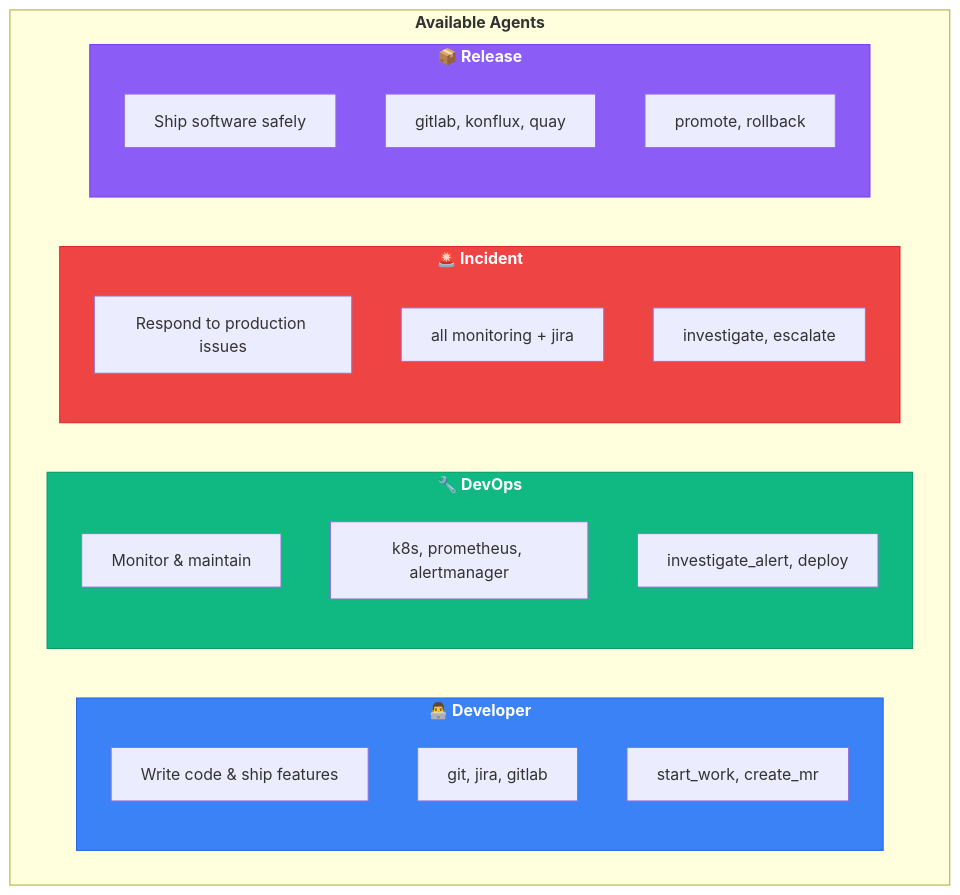
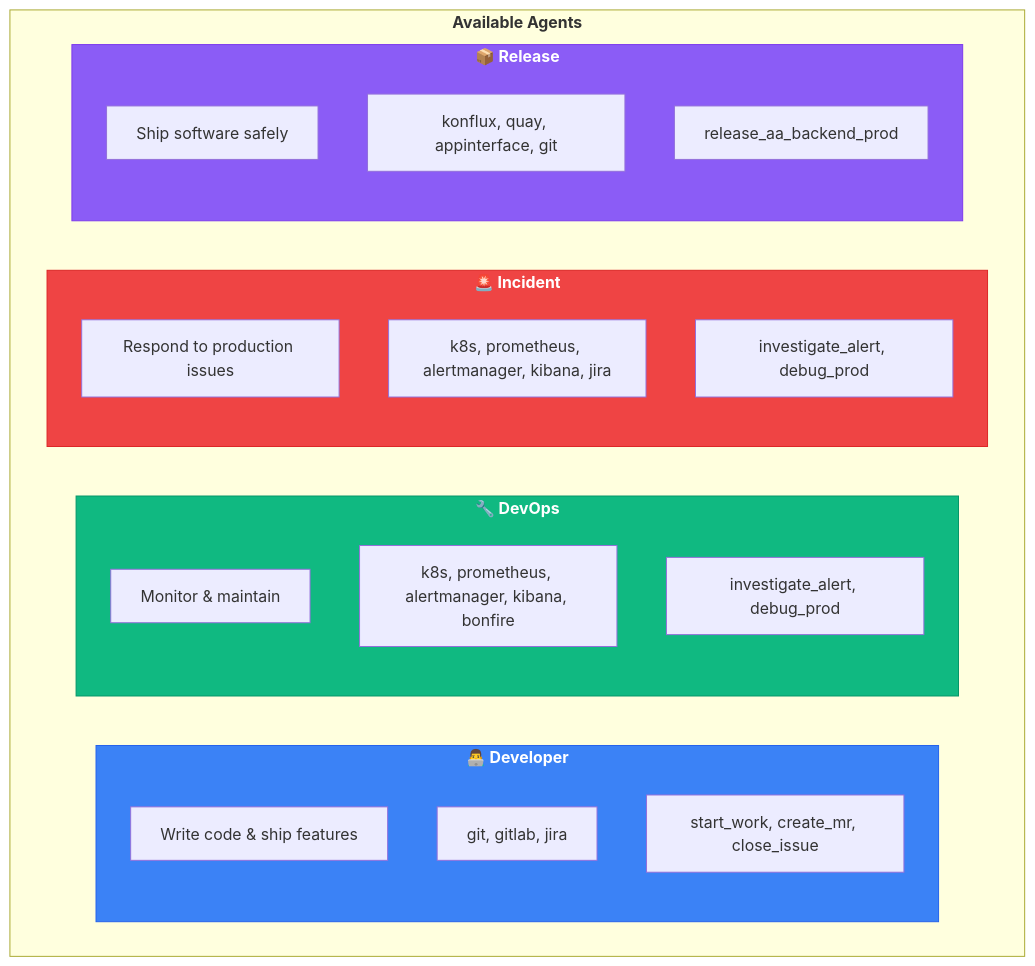
The third of 18 diagrams in README.md (dmzoneill/redhat-ai-workflow), drawn with Mermaid before and after one commit. The commit also changed other lines of this file, not shown here.

````diff
--- a/README.md
+++ b/README.md
@@ -268,35 +268,35 @@
 ```mermaid
 graph TD
     subgraph AGENTS["<b>Available Agents</b>"]
         direction LR
         
         subgraph DEV["<b>👨‍💻 Developer</b>"]
             DEV_DESC[Write code & ship features]
-            DEV_TOOLS[git, jira, gitlab]
-            DEV_SKILLS[start_work, create_mr]
+            DEV_TOOLS[git, gitlab, jira]
+            DEV_SKILLS[start_work, create_mr, close_issue]
         end
         
         subgraph OPS["<b>🔧 DevOps</b>"]
             OPS_DESC[Monitor & maintain]
-            OPS_TOOLS[k8s, prometheus, alertmanager]
-            OPS_SKILLS[investigate_alert, deploy]
+            OPS_TOOLS[k8s, prometheus, alertmanager, kibana, bonfire]
+            OPS_SKILLS[investigate_alert, debug_prod]
         end
         
         subgraph INC["<b>🚨 Incident</b>"]
             INC_DESC[Respond to production issues]
-            INC_TOOLS[all monitoring + jira]
-            INC_SKILLS[investigate, escalate]
+            INC_TOOLS[k8s, prometheus, alertmanager, kibana, jira]
+            INC_SKILLS[investigate_alert, debug_prod]
         end
         
         subgraph REL["<b>📦 Release</b>"]
             REL_DESC[Ship software safely]
-            REL_TOOLS[gitlab, konflux, quay]
-            REL_SKILLS[promote, rollback]
+            REL_TOOLS[konflux, quay, appinterface, git]
+            REL_SKILLS[release_aa_backend_prod]
         end
     end
     
     style DEV fill:#3b82f6,stroke:#2563eb,color:#fff
     style OPS fill:#10b981,stroke:#059669,color:#fff
     style INC fill:#ef4444,stroke:#dc2626,color:#fff
     style REL fill:#8b5cf6,stroke:#7c3aed,color:#fff
 ```
````
